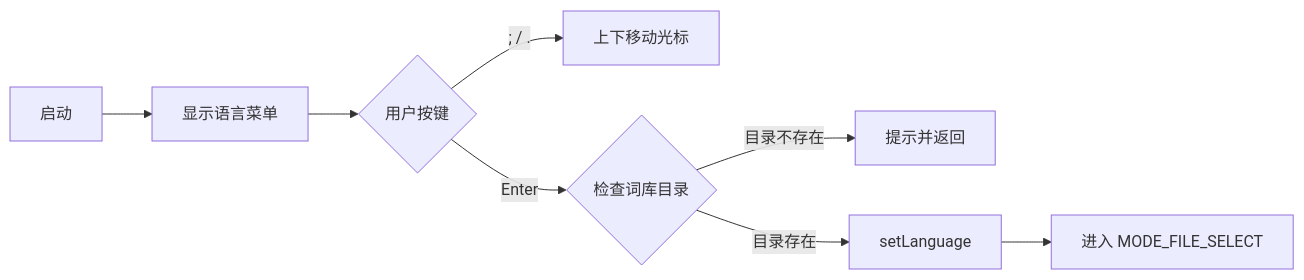
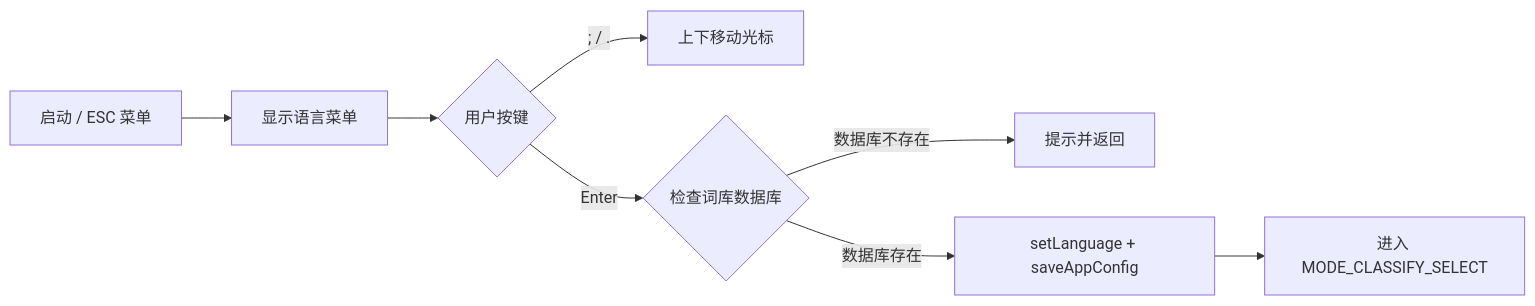
The diagram in docs/zh-CN/ModeLangSelect.md (Mr-xiaotian/WordCardputer), drawn with Mermaid before and after one commit. The commit also changed other lines of this file and 23 other files, not shown here.

````diff
--- a/docs/zh-CN/ModeLangSelect.md
+++ b/docs/zh-CN/ModeLangSelect.md
@@ -18,10 +18,10 @@
 ```mermaid
 flowchart LR
-    A[启动] --> B[显示语言菜单]
+    A[启动 / ESC 菜单] --> B[显示语言菜单]
     B --> C{用户按键}
     C -->|; / .| D[上下移动光标]
-    C -->|Enter| E{检查词库目录}
-    E -->|目录不存在| F[提示并返回]
-    E -->|目录存在| G[setLanguage]
-    G --> H[进入 MODE_FILE_SELECT]
+    C -->|Enter| E{检查词库数据库}
+    E -->|数据库不存在| F[提示并返回]
+    E -->|数据库存在| G[setLanguage + saveAppConfig]
+    G --> H[进入 MODE_CLASSIFY_SELECT]
 ```
````
